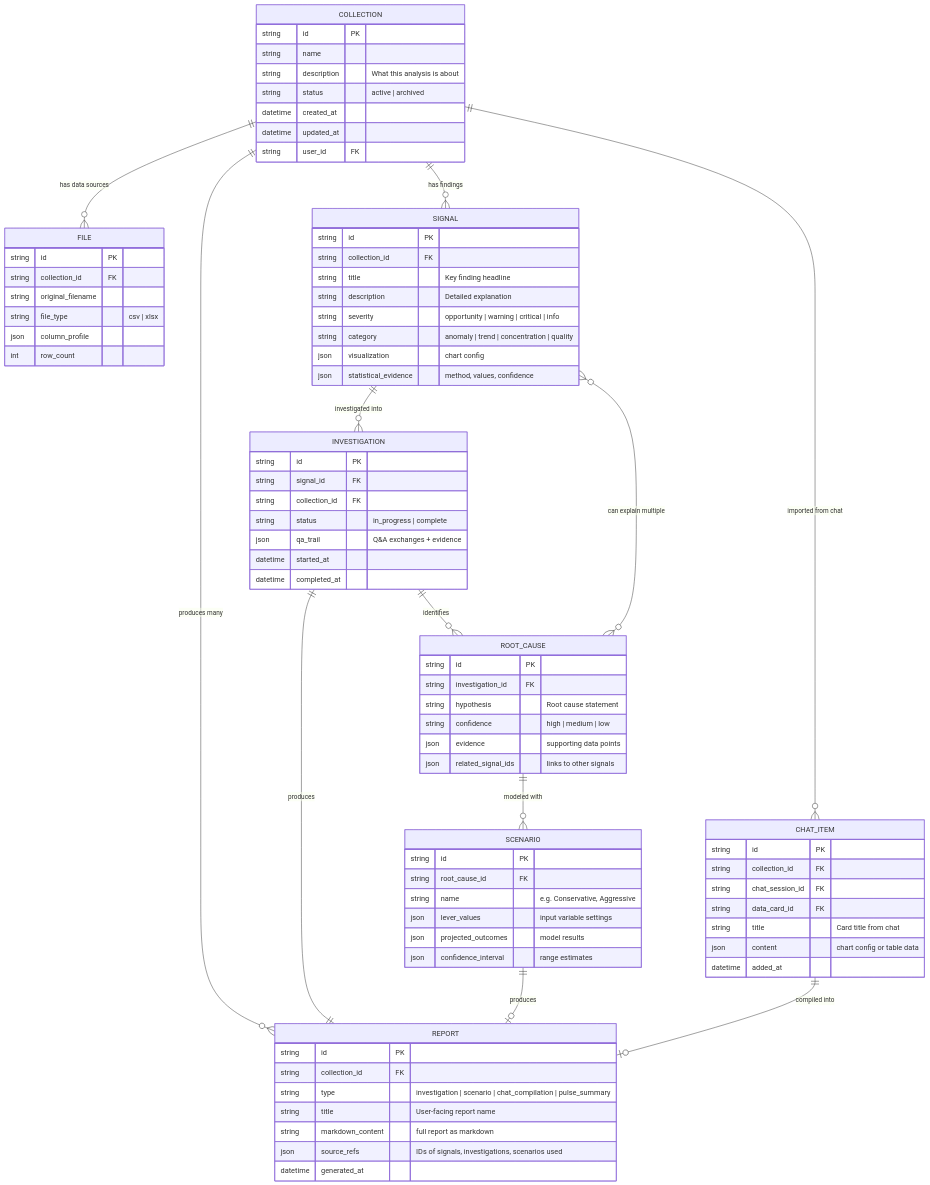
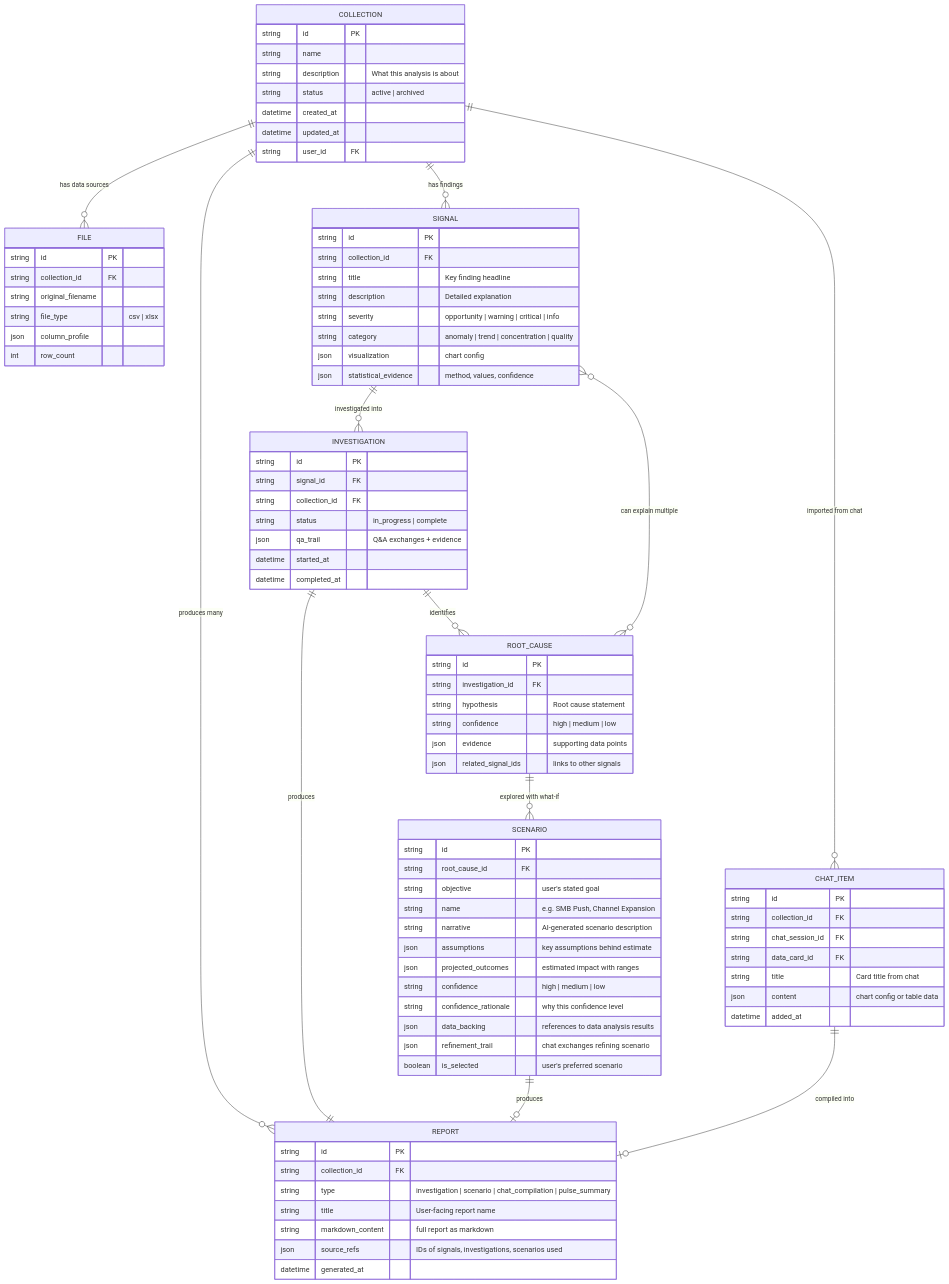
Before and after one commit to nuelo-ai/nuelo-spectra: the fourth of 12 diagrams in requirements/brainstorm-idea-1.md, drawn with Mermaid. The commit also changed other lines of this file and 22 other files, not shown here.

```diff
--- a/requirements/brainstorm-idea-1.md
+++ b/requirements/brainstorm-idea-1.md
@@ -154,7 +154,7 @@
     SIGNAL ||--o{ INVESTIGATION : "investigated into"
     INVESTIGATION ||--o{ ROOT_CAUSE : "identifies"
     ROOT_CAUSE }o--o{ SIGNAL : "can explain multiple"
-    ROOT_CAUSE ||--o{ SCENARIO : "modeled with"
+    ROOT_CAUSE ||--o{ SCENARIO : "explored with what-if"
     INVESTIGATION ||--|| REPORT : "produces"
     SCENARIO ||--o| REPORT : "produces"
     CHAT_ITEM ||--o| REPORT : "compiled into"
@@ -211,10 +211,16 @@
     SCENARIO {
         string id PK
         string root_cause_id FK
-        string name "e.g. Conservative, Aggressive"
-        json lever_values "input variable settings"
-        json projected_outcomes "model results"
-        json confidence_interval "range estimates"
+        string objective "user's stated goal"
+        string name "e.g. SMB Push, Channel Expansion"
+        string narrative "AI-generated scenario description"
+        json assumptions "key assumptions behind estimate"
+        json projected_outcomes "estimated impact with ranges"
+        string confidence "high | medium | low"
+        string confidence_rationale "why this confidence level"
+        json data_backing "references to data analysis results"
+        json refinement_trail "chat exchanges refining scenario"
+        boolean is_selected "user's preferred scenario"
     }
 
     CHAT_ITEM {
```
